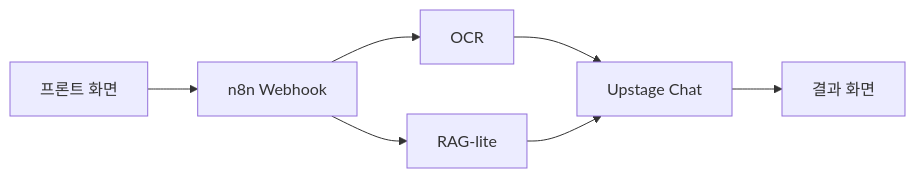
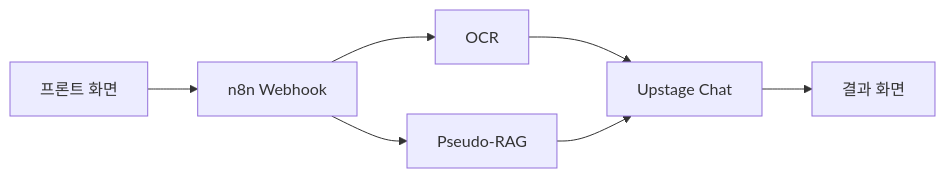
Before and after one commit to snorose/2026-hackathon-hands-on-wiki: the diagram in docs/intro.md, drawn with Mermaid. The commit also changed other lines of this file and 19 other files, not shown here.

````diff
--- a/docs/intro.md
+++ b/docs/intro.md
@@ -24,9 +24,9 @@
 ```mermaid
 flowchart LR
     front["프론트 화면"] --> webhook["n8n Webhook"]
     webhook --> ocr["OCR"]
-    webhook --> rag["RAG-lite"]
+    webhook --> rag["Pseudo-RAG"]
     ocr --> llm["Upstage Chat"]
     rag --> llm
     llm --> result["결과 화면"]
 ```
````
